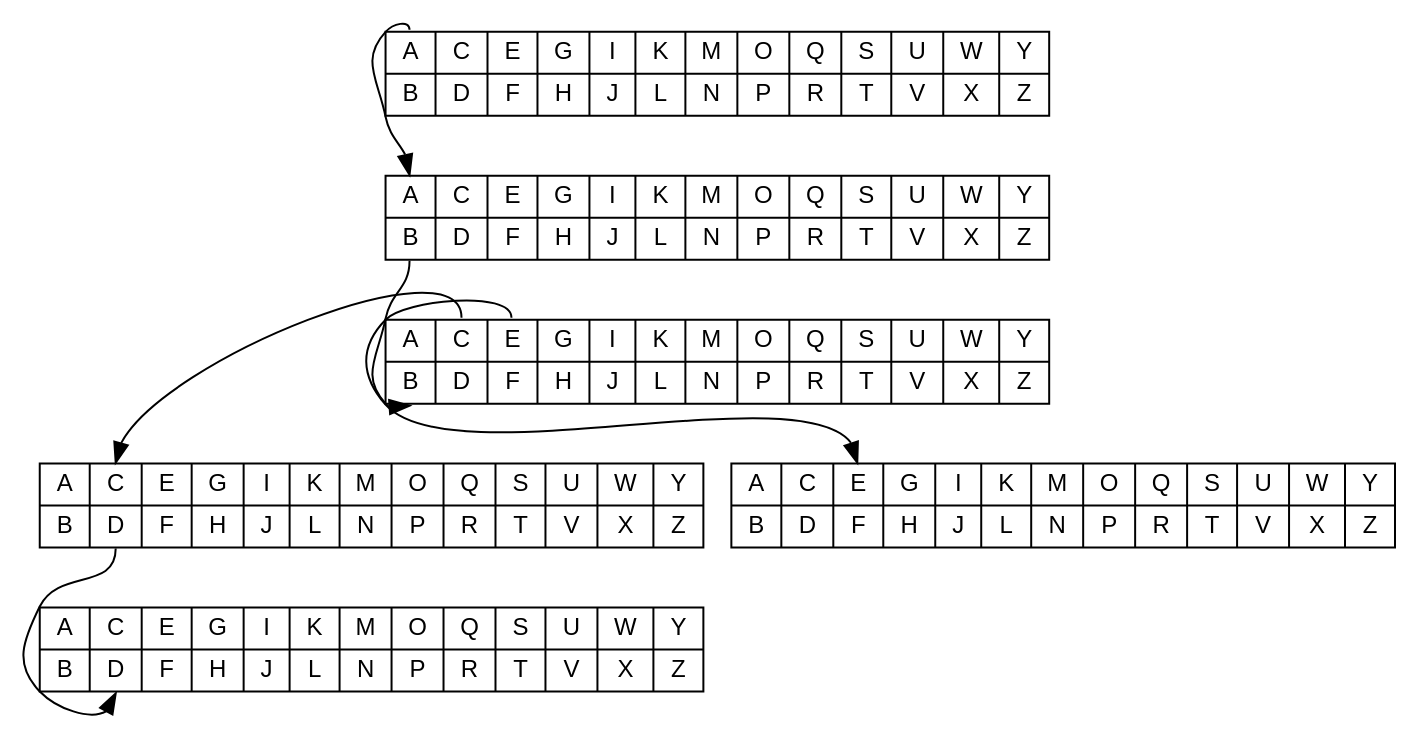
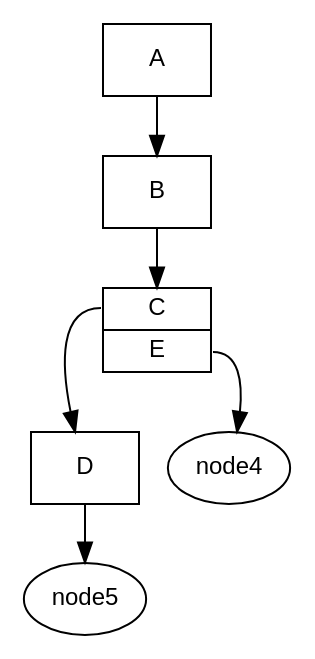
The diagram in tri.dot (samsepi0x0/trie-visualize), drawn with Graphviz before and after one commit. The commit also changed 1 other file, not shown here.

Commit message:
Need to remove "node4" and "node5" and add generic NULL towards the end, to denote word end.

```diff
--- a/tri.dot
+++ b/tri.dot
@@ -1,43 +1,35 @@
 digraph g { 
 
 fontname="Helvetica,Arial,sans-serif" 
 node [fontname="Helvetica,Arial,sans-serif"] 
 edge [fontname="Helvetica,Arial,sans-serif"] 
 graph [nodesep=0.2, ranksep=0.4];
 graph [ rankdir = "TB" ]; 
 node [ 
 fontsize = "12"
 shape = "ellipse"
 ]; 
 edge []; 
-"node0" [ 
-label = "{<f0> A | <f1> B} | {<f2> C | <f3> D} | {<f4> E | <f5> F} | {<f6> G | <f7> H} | {<f8> I | <f9> J} | {<f10> K | <f11> L} | {<f12> M | <f13> N} | {<f14> O | <f15> P} | {<f16> Q | <f17> R} | {<f18> S | <f19> T} | {<f20> U | <f21> V} | {<f22> W | <f23> X} | {<f24> Y | <f25> Z}"
+"node3" [ 
+label = "{ <f3> D }"
+shape = "record"
+];
+"node2" [ 
+label = "{<f2> C | <f4> E }"
 shape = "record"
 ];
 "node1" [ 
-label = "{<f0> A | <f1> B} | {<f2> C | <f3> D} | {<f4> E | <f5> F} | {<f6> G | <f7> H} | {<f8> I | <f9> J} | {<f10> K | <f11> L} | {<f12> M | <f13> N} | {<f14> O | <f15> P} | {<f16> Q | <f17> R} | {<f18> S | <f19> T} | {<f20> U | <f21> V} | {<f22> W | <f23> X} | {<f24> Y | <f25> Z}"
+label = "{ <f1> B }"
 shape = "record"
 ];
-"node2" [ 
-label = "{<f0> A | <f1> B} | {<f2> C | <f3> D} | {<f4> E | <f5> F} | {<f6> G | <f7> H} | {<f8> I | <f9> J} | {<f10> K | <f11> L} | {<f12> M | <f13> N} | {<f14> O | <f15> P} | {<f16> Q | <f17> R} | {<f18> S | <f19> T} | {<f20> U | <f21> V} | {<f22> W | <f23> X} | {<f24> Y | <f25> Z}"
+"node0" [ 
+label = "{ <f0> A }"
 shape = "record"
 ];
-"node3" [ 
-label = "{<f0> A | <f1> B} | {<f2> C | <f3> D} | {<f4> E | <f5> F} | {<f6> G | <f7> H} | {<f8> I | <f9> J} | {<f10> K | <f11> L} | {<f12> M | <f13> N} | {<f14> O | <f15> P} | {<f16> Q | <f17> R} | {<f18> S | <f19> T} | {<f20> U | <f21> V} | {<f22> W | <f23> X} | {<f24> Y | <f25> Z}"
-shape = "record"
-];
-"node4" [ 
-label = "{<f0> A | <f1> B} | {<f2> C | <f3> D} | {<f4> E | <f5> F} | {<f6> G | <f7> H} | {<f8> I | <f9> J} | {<f10> K | <f11> L} | {<f12> M | <f13> N} | {<f14> O | <f15> P} | {<f16> Q | <f17> R} | {<f18> S | <f19> T} | {<f20> U | <f21> V} | {<f22> W | <f23> X} | {<f24> Y | <f25> Z}"
-shape = "record"
-];
-"node5" [ 
-label = "{<f0> A | <f1> B} | {<f2> C | <f3> D} | {<f4> E | <f5> F} | {<f6> G | <f7> H} | {<f8> I | <f9> J} | {<f10> K | <f11> L} | {<f12> M | <f13> N} | {<f14> O | <f15> P} | {<f16> Q | <f17> R} | {<f18> S | <f19> T} | {<f20> U | <f21> V} | {<f22> W | <f23> X} | {<f24> Y | <f25> Z}"
-shape = "record"
-];
-"node0":f0 -> "node1":f0 [ id = 0 ];
-"node1":f1 -> "node2":f1 [ id = 1 ];
-"node2":f2 -> "node3":f2 [ id = 2 ];
-"node2":f4 -> "node4":f4 [ id = 3 ];
-"node3":f3 -> "node5":f3 [ id = 4 ];
+"node0":f0 -> "node1" [ id = 0 ];
+"node1":f1 -> "node2" [ id = 1 ];
+"node2":f2 -> "node3" [ id = 2 ];
+"node2":f4 -> "node4" [ id = 3 ];
+"node3":f3 -> "node5" [ id = 4 ];
 
 }
```
